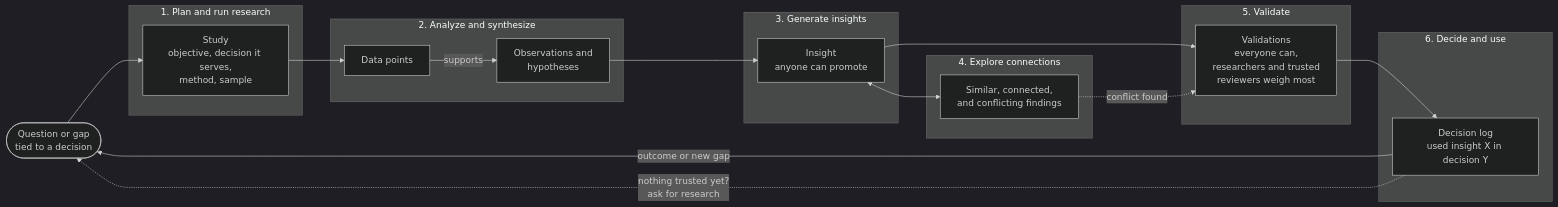
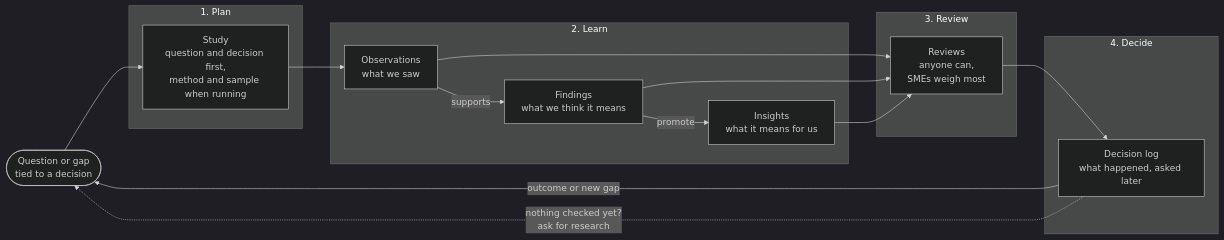
The first of 4 diagrams in docs/FLOW.md (mitchh14/amped-insights), drawn with Mermaid (dark theme) before and after one commit. The commit also changed other lines of this file and 7 other files, not shown here.

````diff
--- a/docs/FLOW.md
+++ b/docs/FLOW.md
@@ -16,40 +16,33 @@
 ```mermaid
 flowchart LR
     Q(["Question or gap<br/>tied to a decision"])
 
-    subgraph M1["1. Plan and run research"]
-        S["Study<br/>objective, decision it serves,<br/>method, sample"]
+    subgraph M1["1. Plan"]
+        S["Study<br/>question and decision first,<br/>method and sample when running"]
     end
 
-    subgraph M2["2. Analyze and synthesize"]
-        D["Data points"]
-        H["Observations and<br/>hypotheses"]
-        D -->|supports| H
+    subgraph M2["2. Learn"]
+        O["Observations<br/>what we saw"]
+        F["Findings<br/>what we think it means"]
+        I["Insights<br/>what it means for us"]
+        O -->|supports| F
+        F -->|promote| I
     end
 
-    subgraph M3["3. Generate insights"]
-        I["Insight<br/>anyone can promote"]
+    subgraph M3["3. Review"]
+        V["Reviews<br/>anyone can,<br/>SMEs weigh most"]
     end
 
-    subgraph M4["4. Explore connections"]
-        X["Similar, connected,<br/>and conflicting findings"]
-    end
-
-    subgraph M5["5. Validate"]
-        V["Validations<br/>everyone can,<br/>researchers and trusted<br/>reviewers weigh most"]
-    end
-
-    subgraph M6["6. Decide and use"]
-        U["Decision log<br/>used insight X in decision Y"]
+    subgraph M4["4. Decide"]
+        U["Decision log<br/>what happened, asked later"]
     end
 
     Q --> S
-    S --> D
-    H --> I
-    I <--> X
+    S --> O
+    O --> V
+    F --> V
     I --> V
-    X -. conflict found .-> V
     V --> U
     U -->|outcome or new gap| Q
-    U -. "nothing trusted yet?<br/>ask for research" .-> Q
+    U -. "nothing checked yet?<br/>ask for research" .-> Q
 ```
````
